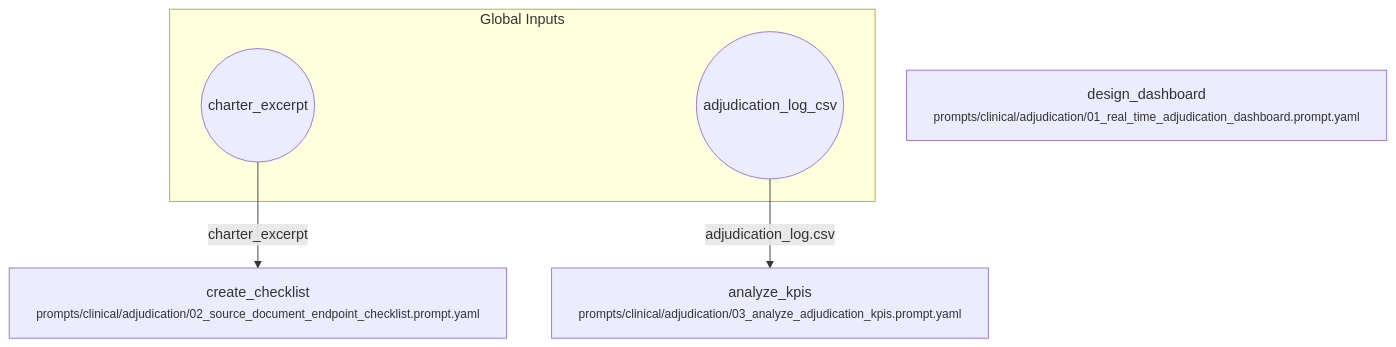
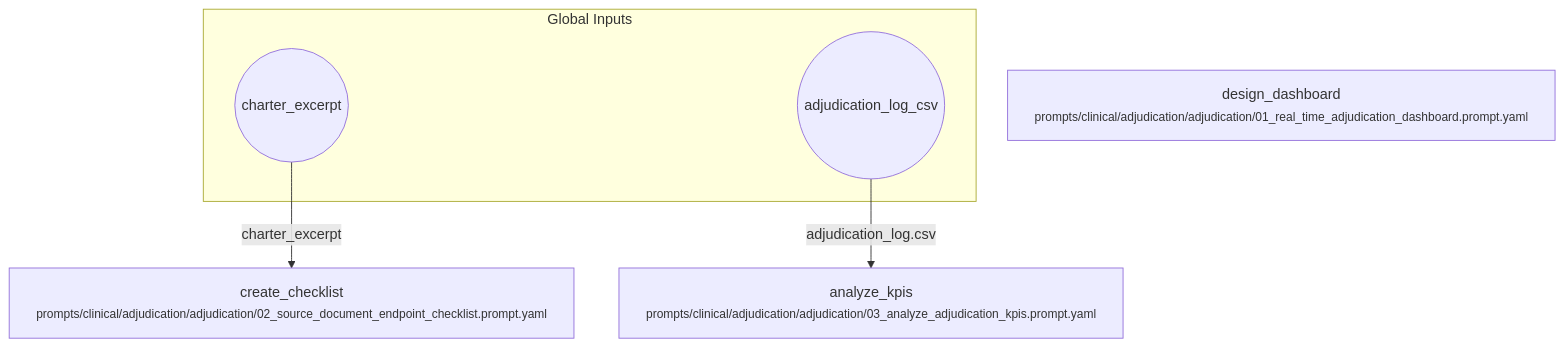
Before and after one commit to fderuiter/proompts: the diagram in workflows/clinical/adjudication.workflow.md, drawn with Mermaid. The commit also changed 31 other files, not shown here.

````diff
--- a/workflows/clinical/adjudication.workflow.md
+++ b/workflows/clinical/adjudication.workflow.md
@@ -7,12 +7,12 @@
 ```mermaid
 flowchart TD
     subgraph Inputs [Global Inputs]
         inp_charter_excerpt((charter_excerpt))
         inp_adjudication_log_csv((adjudication_log_csv))
     end
-    design_dashboard["design_dashboard<br/><small>prompts/clinical/adjudication/01_real_time_adjudication_dashboard.prompt.yaml</small>"]
-    create_checklist["create_checklist<br/><small>prompts/clinical/adjudication/02_source_document_endpoint_checklist.prompt.yaml</small>"]
-    analyze_kpis["analyze_kpis<br/><small>prompts/clinical/adjudication/03_analyze_adjudication_kpis.prompt.yaml</small>"]
+    design_dashboard["design_dashboard<br/><small>prompts/clinical/adjudication/adjudication/01_real_time_adjudication_dashboard.prompt.yaml</small>"]
+    create_checklist["create_checklist<br/><small>prompts/clinical/adjudication/adjudication/02_source_document_endpoint_checklist.prompt.yaml</small>"]
+    analyze_kpis["analyze_kpis<br/><small>prompts/clinical/adjudication/adjudication/03_analyze_adjudication_kpis.prompt.yaml</small>"]
     inp_charter_excerpt -->|charter_excerpt| create_checklist
     inp_adjudication_log_csv -->|adjudication_log.csv| analyze_kpis
 ```
````
